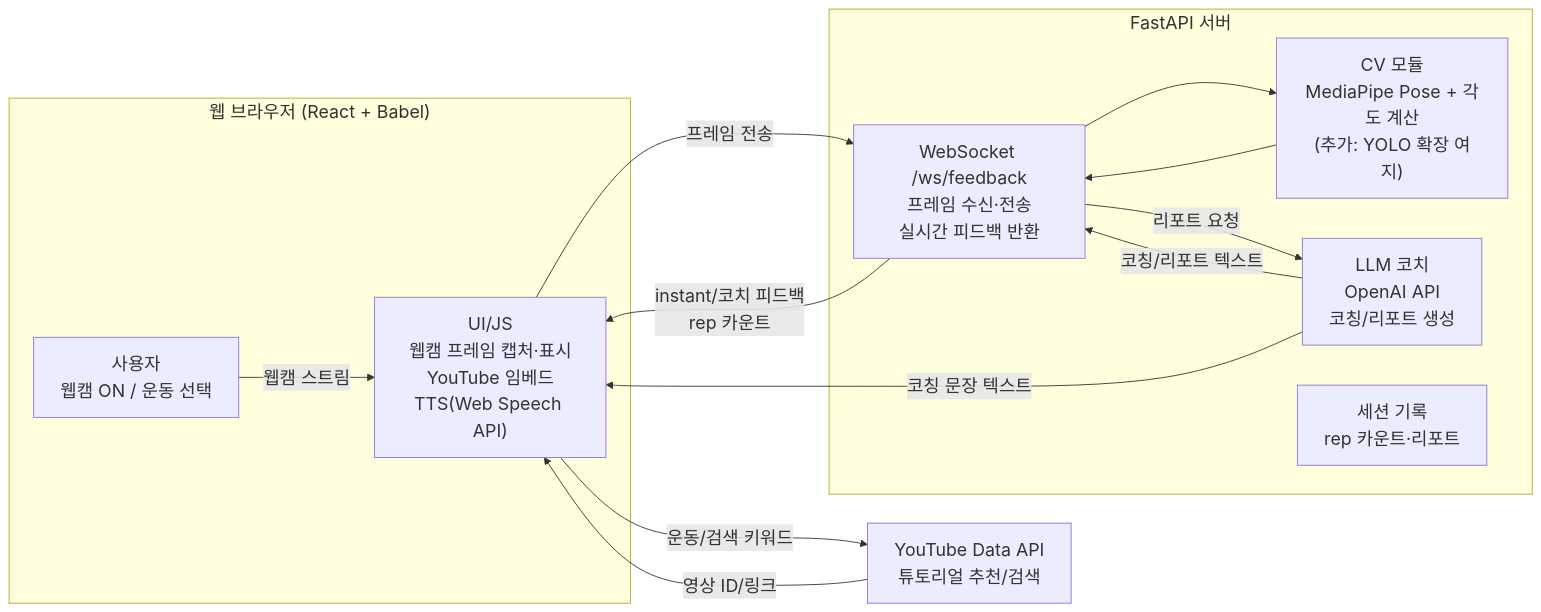
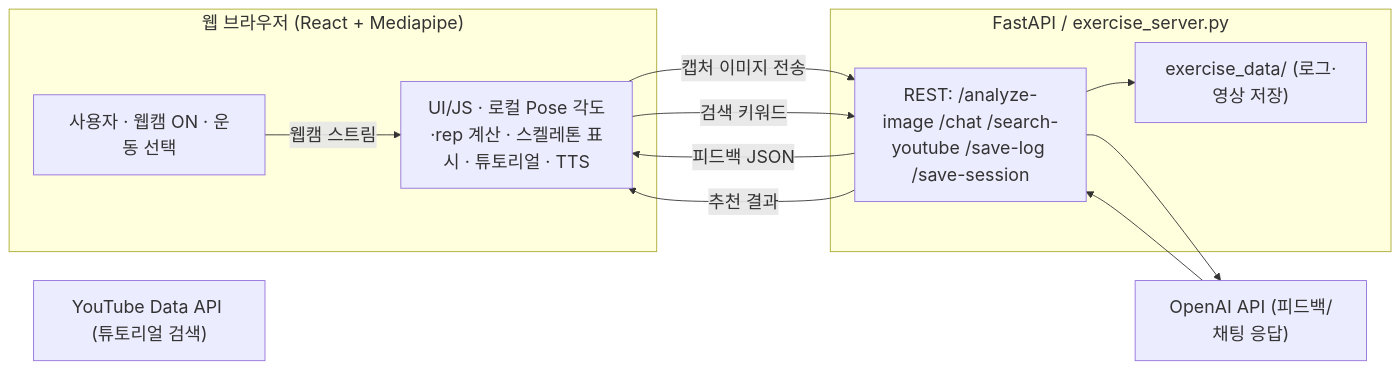
One commit to KSLNOVA/ai01-2nd-2team-KSLNOVA changed the diagram in README.md. Above: the diagram before and after it, drawn with Mermaid. The commit also changed other lines of this file and 1 other file, not shown here.

````diff
--- a/README.md
+++ b/README.md
@@ -192,28 +215,25 @@
 ```mermaid
 %%{init: {'themeVariables': { 'fontSize': '20px' }, 'flowchart': { 'nodeSpacing': 45, 'rankSpacing': 55 }}}%%
 flowchart LR
 
-    subgraph CLIENT["웹 브라우저 (React + Babel)"]
-        U["사용자\n웹캠 ON / 운동 선택"]
-        UI["UI/JS\n웹캠 프레임 캡처·표시\nYouTube 임베드\nTTS(Web Speech API)"]
+    subgraph CLIENT["웹 브라우저 (React + Mediapipe)"]
+        U["사용자 · 웹캠 ON · 운동 선택"]
+        UI["UI/JS · 로컬 Pose 각도·rep 계산 · 스켈레톤 표시 · 튜토리얼 · TTS"]
     end
 
-    subgraph SERVER["FastAPI 서버"]
-        WS["WebSocket /ws/feedback\n프레임 수신·전송\n실시간 피드백 반환"]
-        CV["CV 모듈\nMediaPipe Pose + 각도 계산\n(추가: YOLO 확장 여지)"]
-        LLM["LLM 코치\nOpenAI API\n코칭/리포트 생성"]
-        LOGS["세션 기록\nrep 카운트·리포트"]
+    subgraph SERVER["FastAPI / exercise_server.py"]
+        REST["REST: /analyze-image /chat /search-youtube /save-log /save-session"]
+        LOGS["exercise_data/ (로그·영상 저장)"]
     end
 
-    YT["YouTube Data API\n튜토리얼 추천/검색"]
+    YT["YouTube Data API (튜토리얼 검색)"]
+    OA["OpenAI API (피드백/채팅 응답)"]
 
     U -->|"웹캠 스트림"| UI
-    UI -->|"프레임 전송"| WS
-    WS --> CV --> WS
-    WS -->|"instant/코치 피드백\nrep 카운트"| UI
-    WS -->|"리포트 요청"| LLM
-    LLM -->|"코칭/리포트 텍스트"| WS
-    UI -->|"운동/검색 키워드"| YT
-    YT -->|"영상 ID/링크"| UI
-    LLM -->|"코칭 문장 텍스트"| UI
+    UI -->|"캡처 이미지 전송"| REST
+    REST --> OA --> REST
+    REST -->|"피드백 JSON"| UI
+    UI -->|"검색 키워드"| REST
+    REST -->|"추천 결과"| UI
+    REST --> LOGS
 ```
````
